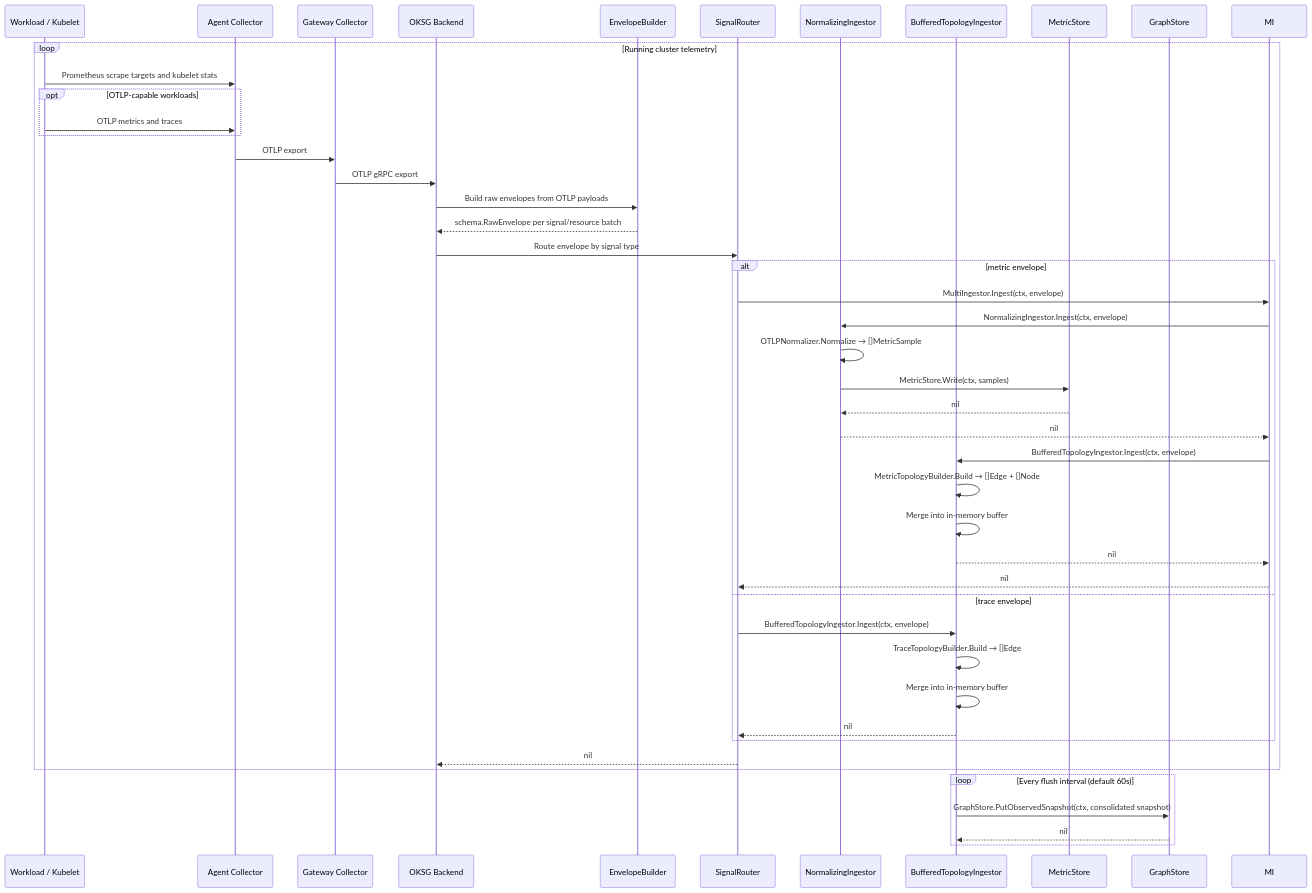
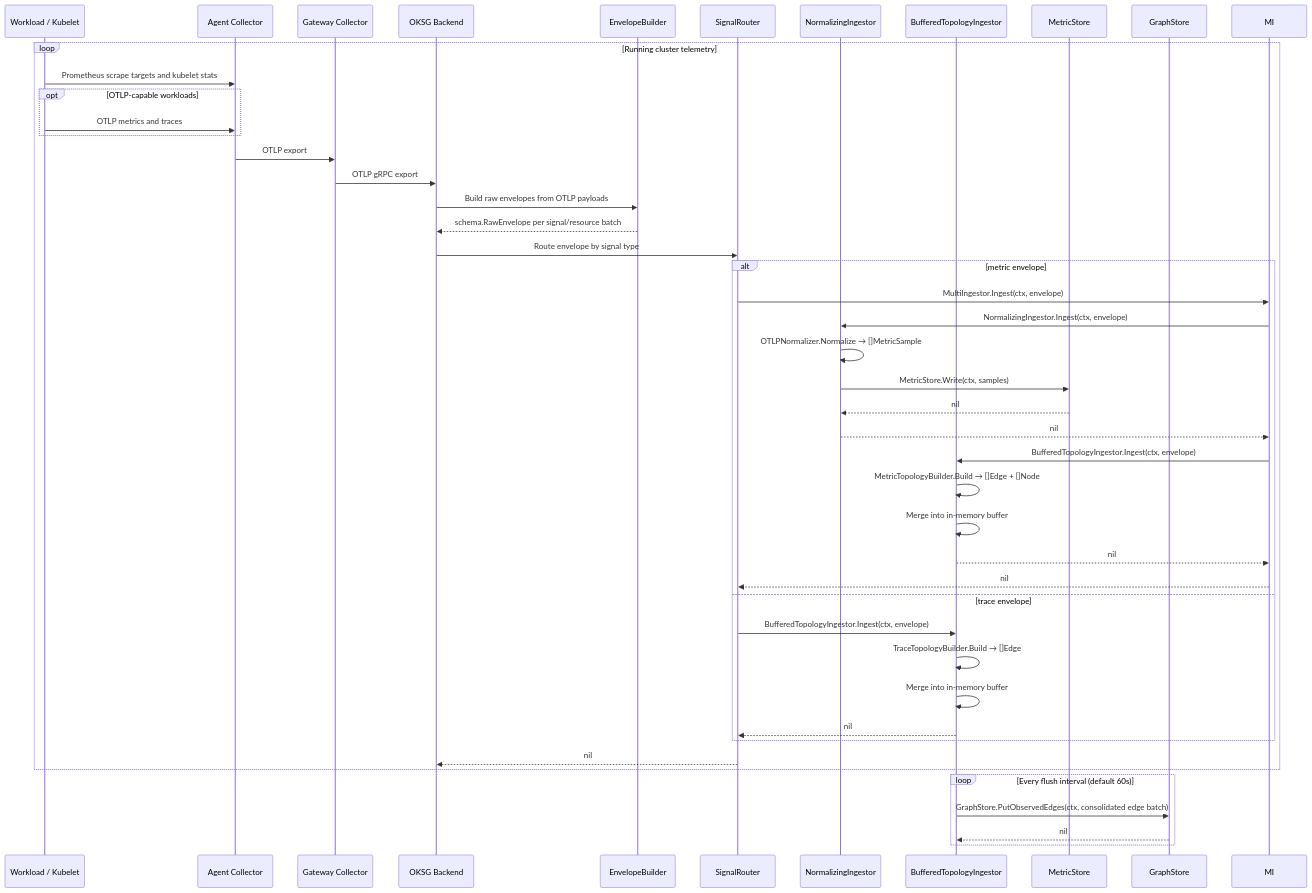
The first of 2 diagrams in docs/runtime-flow.md (erickivel/karthos), drawn with Mermaid before and after one commit. The commit also changed other lines of this file and 5 other files, not shown here.

Commit message:
docs: align graph snapshots and frontend contracts

````diff
--- a/docs/runtime-flow.md
+++ b/docs/runtime-flow.md
@@ -19,48 +19,48 @@
 ```mermaid
 sequenceDiagram
     participant Workload as Workload / Kubelet
     participant Agent as Agent Collector
     participant Gateway as Gateway Collector
     participant Backend as OKSG Backend
     participant Builder as EnvelopeBuilder
     participant Router as SignalRouter
     participant NI as NormalizingIngestor
     participant BTI as BufferedTopologyIngestor
     participant MS as MetricStore
     participant GS as GraphStore
 
     loop Running cluster telemetry
         Workload->>Agent: Prometheus scrape targets and kubelet stats
         opt OTLP-capable workloads
             Workload->>Agent: OTLP metrics and traces
         end
         Agent->>Gateway: OTLP export
         Gateway->>Backend: OTLP gRPC export
         Backend->>Builder: Build raw envelopes from OTLP payloads
         Builder-->>Backend: schema.RawEnvelope per signal/resource batch
         Backend->>Router: Route envelope by signal type
         alt metric envelope
             Router->>MI: MultiIngestor.Ingest(ctx, envelope)
             MI->>NI: NormalizingIngestor.Ingest(ctx, envelope)
             NI->>NI: OTLPNormalizer.Normalize → []MetricSample
             NI->>MS: MetricStore.Write(ctx, samples)
             MS-->>NI: nil
             NI-->>MI: nil
             MI->>BTI: BufferedTopologyIngestor.Ingest(ctx, envelope)
             BTI->>BTI: MetricTopologyBuilder.Build → []Edge + []Node
             BTI->>BTI: Merge into in-memory buffer
             BTI-->>MI: nil
             MI-->>Router: nil
         else trace envelope
             Router->>BTI: BufferedTopologyIngestor.Ingest(ctx, envelope)
             BTI->>BTI: TraceTopologyBuilder.Build → []Edge
             BTI->>BTI: Merge into in-memory buffer
             BTI-->>Router: nil
         end
         Router-->>Backend: nil
     end
     loop Every flush interval (default 60s)
-        BTI->>GS: GraphStore.PutObservedSnapshot(ctx, consolidated snapshot)
+        BTI->>GS: GraphStore.PutObservedEdges(ctx, consolidated edge batch)
         GS-->>BTI: nil
     end
 ```
````
